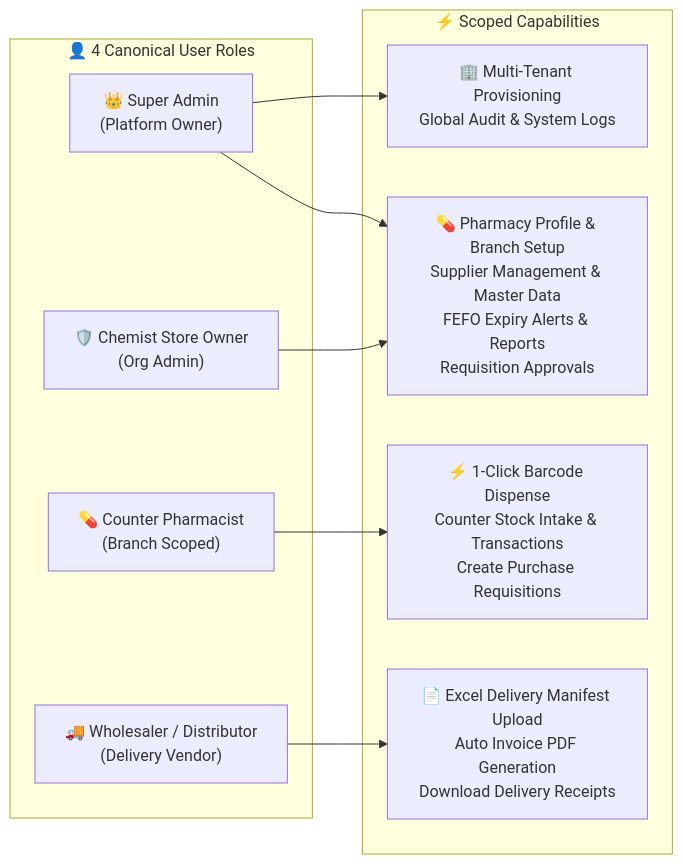
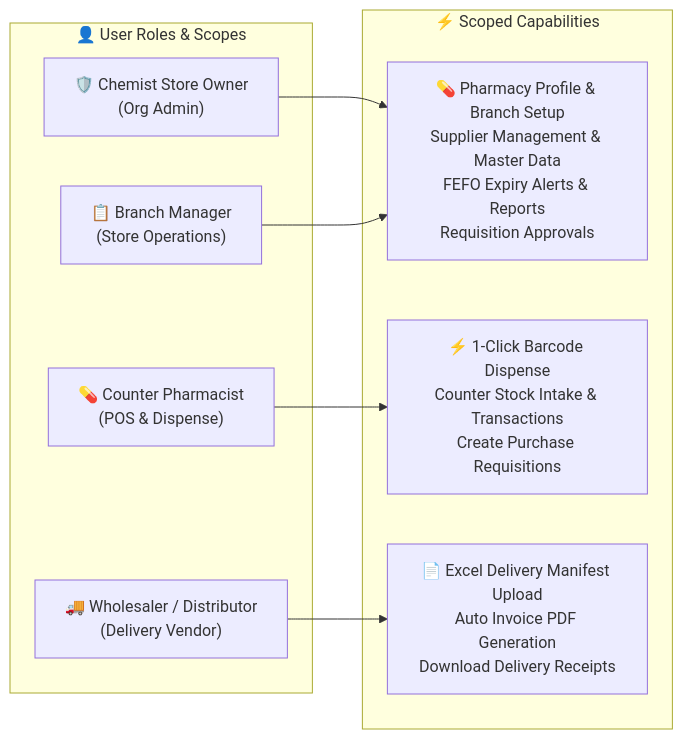
One commit to Sayandip05/InvIQ changed the fourth of 4 diagrams in README.md. Above: the diagram before and after it, drawn with Mermaid. The commit also changed other lines of this file and 2 other files, not shown here.

Commit message:
refactor(reports): remove transaction report from frontend and backend and update README

````diff
--- a/README.md
+++ b/README.md
@@ -293,22 +293,20 @@
 ```mermaid
 graph LR
-    subgraph Roles["👤 4 Canonical User Roles"]
-        SuperAdmin["👑 Super Admin<br/>(Platform Owner)"]
+    subgraph Roles["👤 User Roles & Scopes"]
         Admin["🛡️ Chemist Store Owner<br/>(Org Admin)"]
-        Staff["💊 Counter Pharmacist<br/>(Branch Scoped)"]
+        Manager["📋 Branch Manager<br/>(Store Operations)"]
+        Staff["💊 Counter Pharmacist<br/>(POS & Dispense)"]
         Vendor["🚚 Wholesaler / Distributor<br/>(Delivery Vendor)"]
     end
 
     subgraph Capabilities["⚡ Scoped Capabilities"]
-        PlatformOps["🏢 Multi-Tenant Provisioning<br/>Global Audit & System Logs"]
         StoreMgmt["💊 Pharmacy Profile & Branch Setup<br/>Supplier Management & Master Data<br/>FEFO Expiry Alerts & Reports<br/>Requisition Approvals"]
         StaffOps["⚡ 1-Click Barcode Dispense<br/>Counter Stock Intake & Transactions<br/>Create Purchase Requisitions"]
         VendorOps["📄 Excel Delivery Manifest Upload<br/>Auto Invoice PDF Generation<br/>Download Delivery Receipts"]
     end
 
-    SuperAdmin --> PlatformOps
-    SuperAdmin --> StoreMgmt
     Admin --> StoreMgmt
+    Manager --> StoreMgmt
     Staff --> StaffOps
     Vendor --> VendorOps
 ```
````
